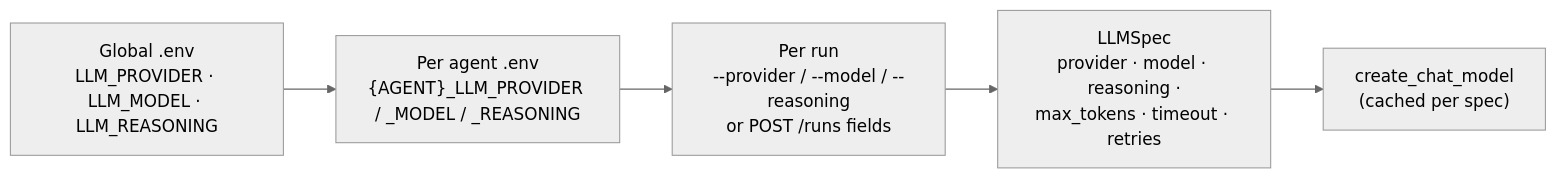
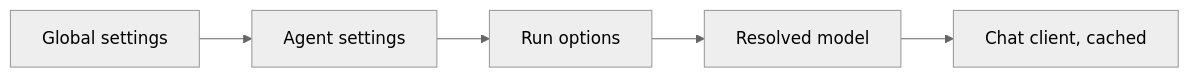
The seventh of 9 diagrams in docs/architecture.md (machinoAI/seo_agent), drawn with Mermaid (neutral theme) before and after one commit. The commit also changed other lines of this file and 13 other files, not shown here.

````diff
--- a/docs/architecture.md
+++ b/docs/architecture.md
@@ -271,7 +391,7 @@
 ```mermaid
 flowchart LR
-    G["Global .env<br/>LLM_PROVIDER · LLM_MODEL · LLM_REASONING"] --> AO["Per agent .env<br/>{AGENT}_LLM_PROVIDER / _MODEL / _REASONING"]
-    AO --> RT["Per run<br/>--provider / --model / --reasoning<br/>or POST /runs fields"]
-    RT --> SPEC["LLMSpec<br/>provider · model · reasoning ·<br/>max_tokens · timeout · retries"]
-    SPEC --> CM["create_chat_model<br/>(cached per spec)"]
+    G["Global settings"] --> AO["Agent settings"]
+    AO --> RT["Run options"]
+    RT --> SPEC["Resolved model"]
+    SPEC --> CM["Chat client, cached"]
 ```
````
